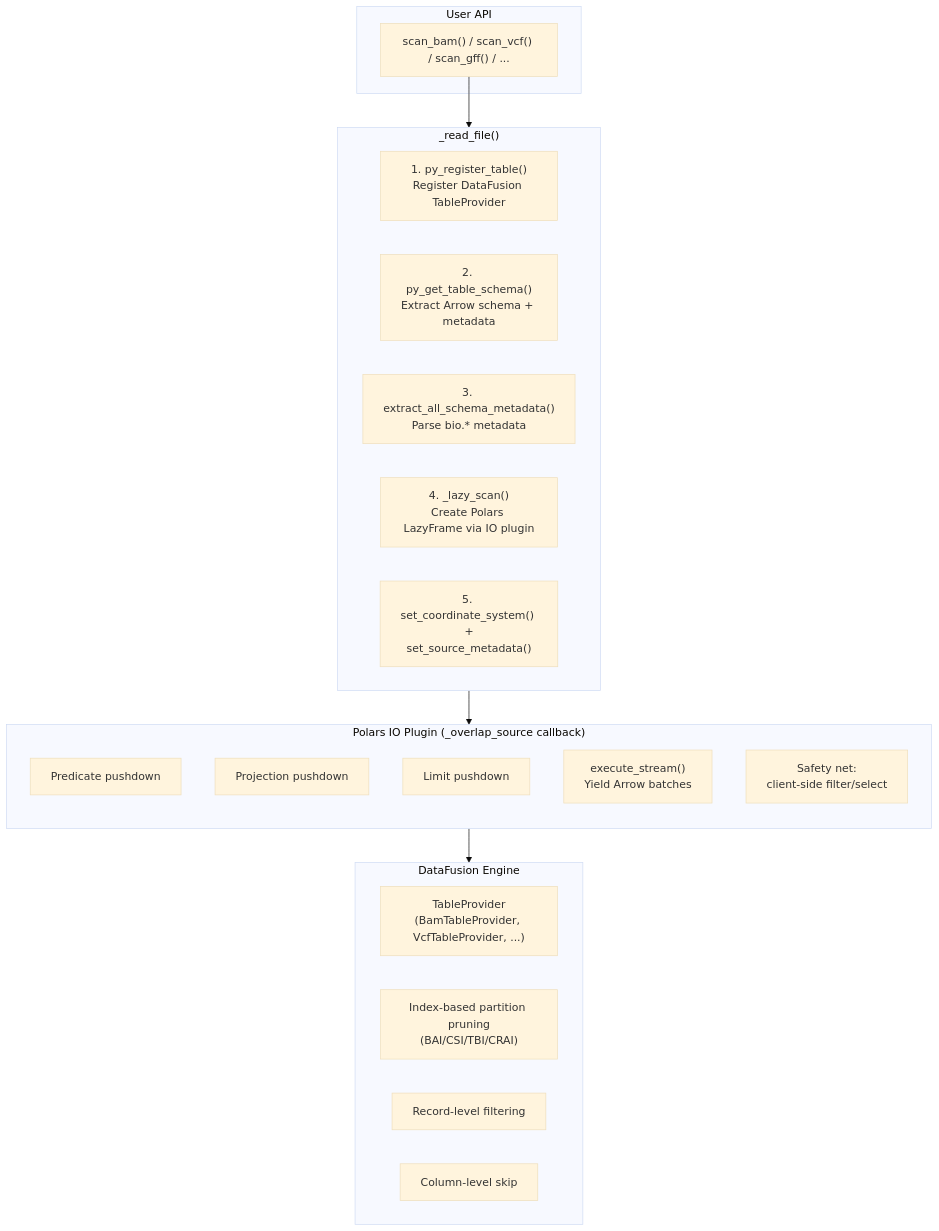
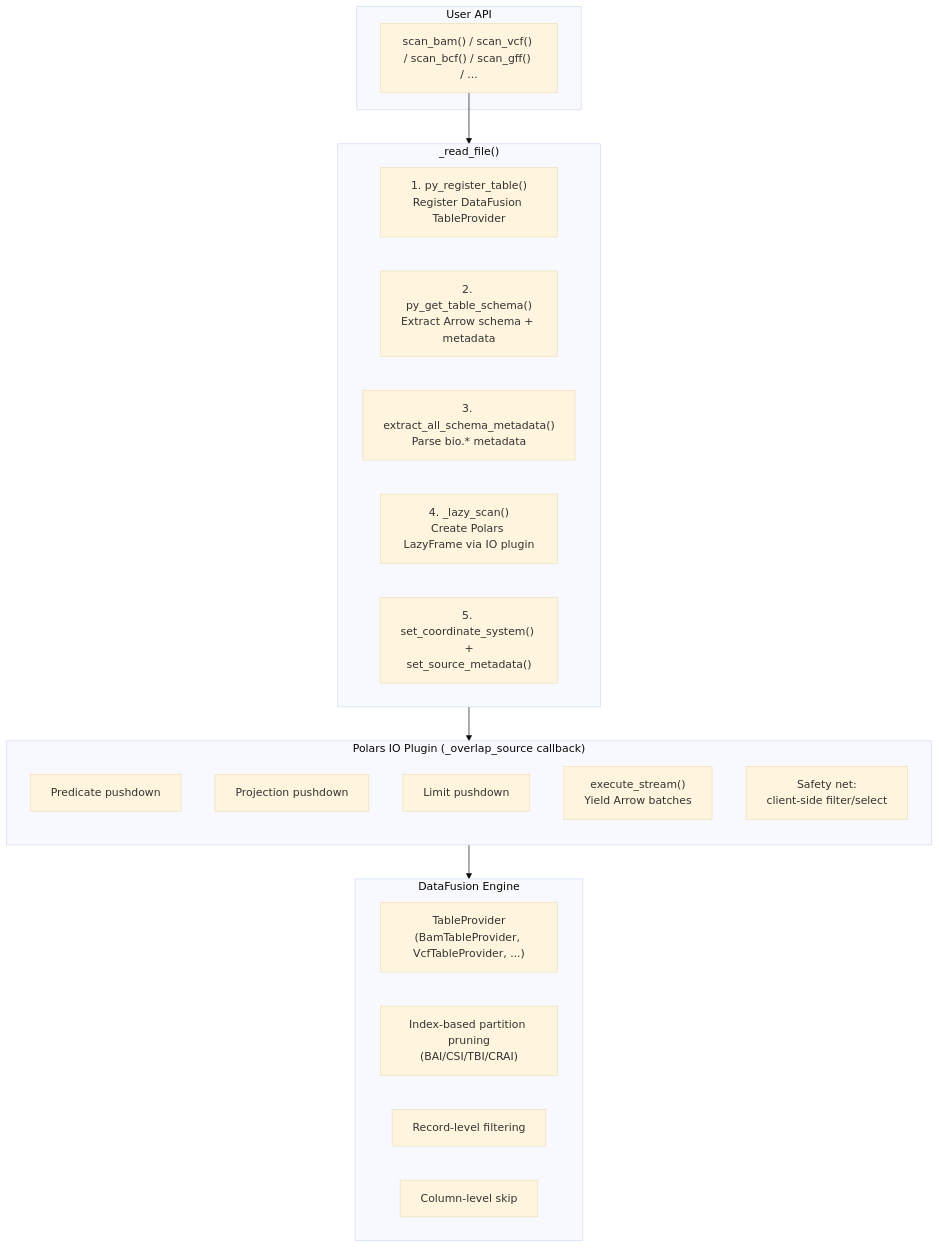
Before and after one commit to biodatageeks/polars-bio: the second of 6 diagrams in docs/developers.md, drawn with Mermaid (base theme). The commit also changed 58 other files, not shown here.

First line of the commit message:
feat: Add native BCF APIs with VCF parity (#435)

````diff
--- a/docs/developers.md
+++ b/docs/developers.md
@@ -115,34 +115,34 @@
 ```mermaid
 flowchart TB
     subgraph User["User API"]
-        scan["scan_bam() / scan_vcf() / scan_gff() / ..."]
+        scan["scan_bam() / scan_vcf() / scan_bcf() / scan_gff() / ..."]
     end
 
     subgraph ReadFile["_read_file()"]
         register["1. py_register_table()<br/>Register DataFusion TableProvider"]
         schema["2. py_get_table_schema()<br/>Extract Arrow schema + metadata"]
         extract["3. extract_all_schema_metadata()<br/>Parse bio.* metadata"]
         lazy["4. _lazy_scan()<br/>Create Polars LazyFrame via IO plugin"]
         meta["5. set_coordinate_system() +<br/>set_source_metadata()"]
     end
 
     subgraph IOPlugin["Polars IO Plugin (_overlap_source callback)"]
         direction TB
         predicate["Predicate pushdown"]
         projection["Projection pushdown"]
         limit["Limit pushdown"]
         stream["execute_stream()<br/>Yield Arrow batches"]
         safety["Safety net:<br/>client-side filter/select"]
     end
 
     subgraph DataFusion["DataFusion Engine"]
         tp["TableProvider<br/>(BamTableProvider, VcfTableProvider, ...)"]
         idx["Index-based partition pruning<br/>(BAI/CSI/TBI/CRAI)"]
         record["Record-level filtering"]
         proj["Column-level skip"]
     end
 
     scan --> ReadFile
     ReadFile --> IOPlugin
     IOPlugin --> DataFusion
 ```
````
